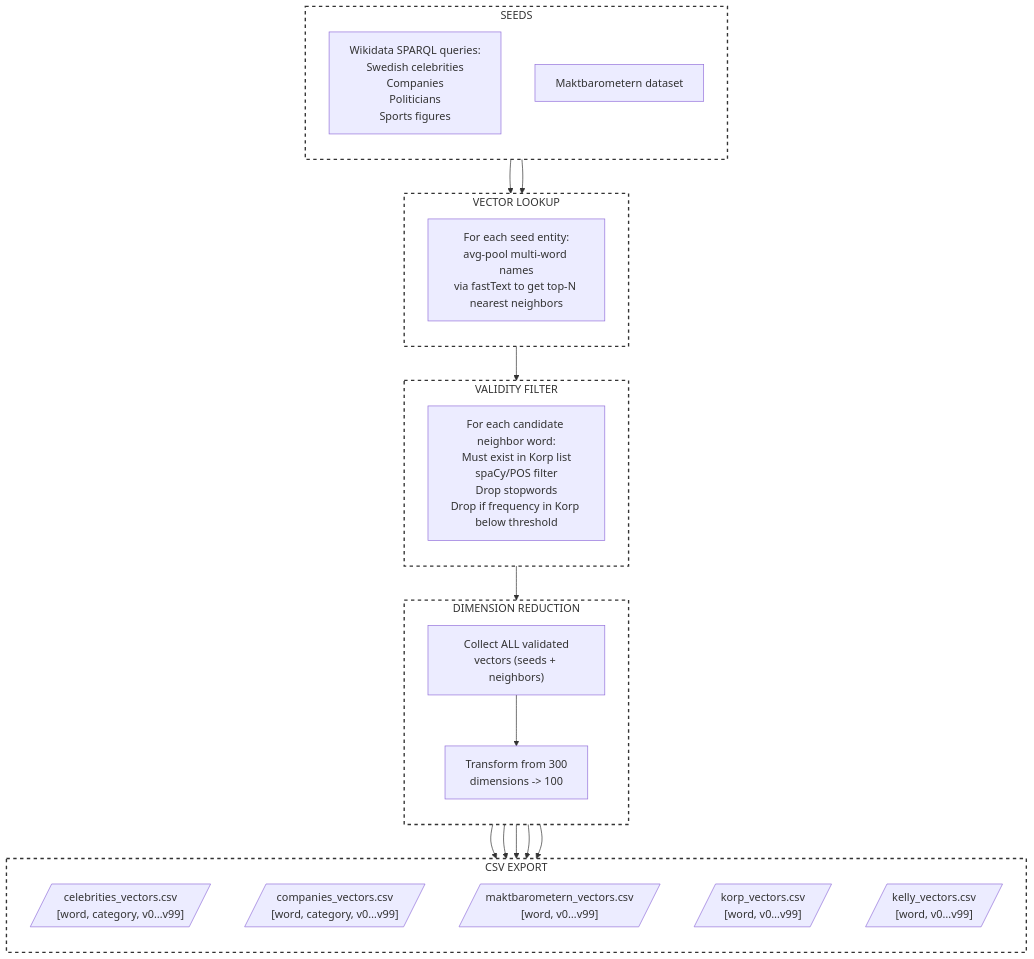
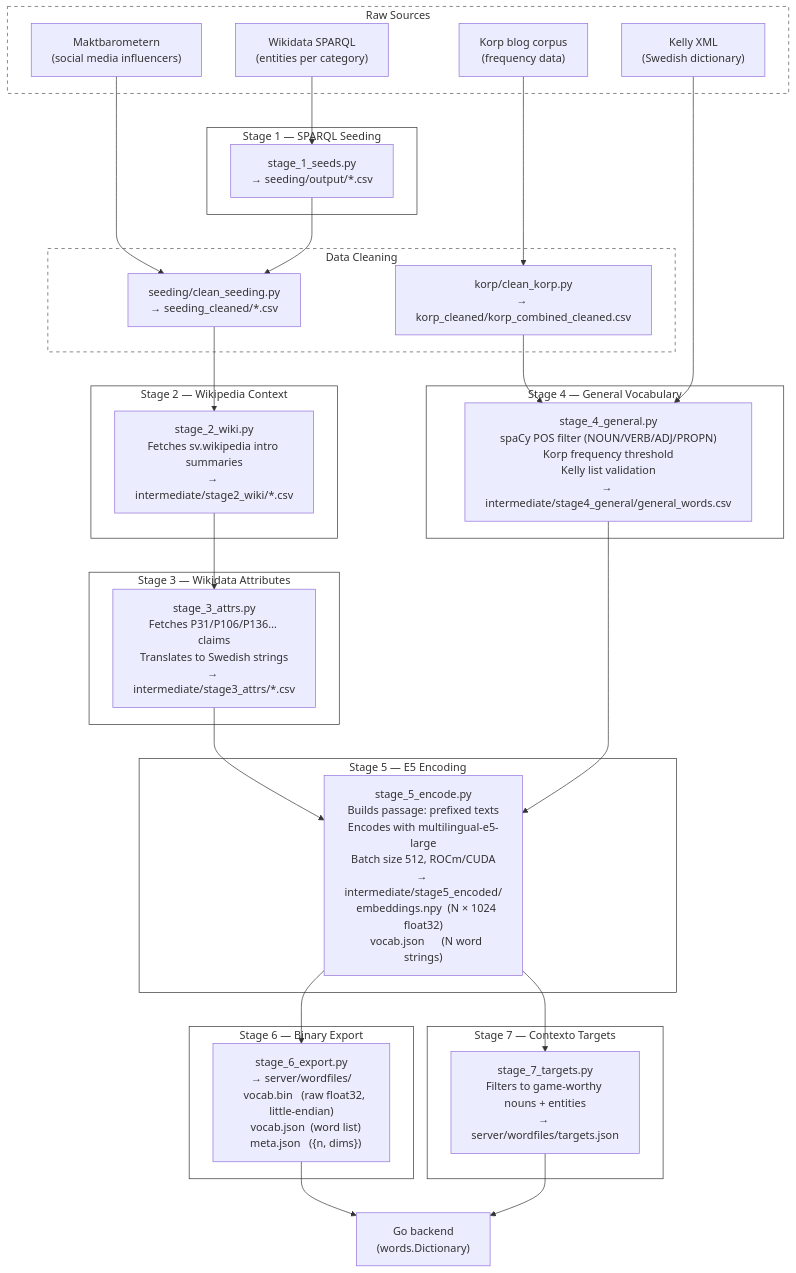
The diagram in preprocessing/README.md (Skill-issue-coding/WordGame---TDDD27-Project), drawn with Mermaid before and after one commit. The commit also changed other lines of this file and 37 other files, not shown here.

````diff
--- a/preprocessing/README.md
+++ b/preprocessing/README.md
@@ -58,55 +73,67 @@
 ```mermaid
 flowchart TD
-    subgraph S1 [SEEDS]
-        direction TB
-        WD["Wikidata SPARQL queries:<br>Swedish celebrities<br>Companies<br>Politicians<br>Sports figures"]
-        MB["Maktbarometern dataset"]
+    subgraph RAW [Raw Sources]
+        KORP["Korp blog corpus\n(frequency data)"]
+        KELLY["Kelly XML\n(Swedish dictionary)"]
+        SPARQL["Wikidata SPARQL\n(entities per category)"]
+        MAKT["Maktbarometern\n(social media influencers)"]
     end
 
-    subgraph S2 [VECTOR LOOKUP]
-        direction TB
-        VL1["For each seed entity:<br>avg-pool multi-word names<br>via fastText to get top-N <br>nearest neighbors"]
+    subgraph CLEAN [Data Cleaning]
+        CK["korp/clean_korp.py\n→ korp_cleaned/korp_combined_cleaned.csv"]
+        CS["seeding/clean_seeding.py\n→ seeding_cleaned/*.csv"]
     end
 
-    %% STAGE 3
-    subgraph S3 [VALIDITY FILTER]
-        direction TB
-        VF1["For each candidate neighbor word:<br>Must exist in Korp list<br>spaCy/POS filter<br>Drop stopwords<br>Drop if frequency in Korp <br>below threshold"]
+    subgraph STAGE1 [Stage 1 — SPARQL Seeding]
+        S1["stage_1_seeds.py\n→ seeding/output/*.csv"]
     end
 
-    %% STAGE 4
-    subgraph S4 [DIMENSION REDUCTION]
-        direction TB
-        DR1["Collect ALL validated<br>vectors (seeds + neighbors)"]
-        DR2["Transform from 300 <br> dimensions -> 100"]
-
-        DR1 --> DR2
+    subgraph STAGE2 [Stage 2 — Wikipedia Context]
+        S2["stage_2_wiki.py\nFetches sv.wikipedia intro summaries\n→ intermediate/stage2_wiki/*.csv"]
     end
 
-    %% STAGE 5
-    subgraph S5 [CSV EXPORT]
-        direction TB
-        CSV1[/"celebrities_vectors.csv<br>[word, category, v0…v99]"/]
-        CSV2[/"companies_vectors.csv<br>[word, category, v0…v99]"/]
-        CSV3[/"maktbarometern_vectors.csv<br>[word, v0…v99]"/]
-        CSV4[/"korp_vectors.csv<br>[word, v0…v99]"/]
-        CSV5[/"kelly_vectors.csv<br>[word, v0…v99]"/]
+    subgraph STAGE3 [Stage 3 — Wikidata Attributes]
+        S3["stage_3_attrs.py\nFetches P31/P106/P136… claims\nTranslates to Swedish strings\n→ intermediate/stage3_attrs/*.csv"]
     end
 
-    %% Flow connections
-    WD & MB --> S2
+    subgraph STAGE4 [Stage 4 — General Vocabulary]
+        S4["stage_4_general.py\nspaCy POS filter (NOUN/VERB/ADJ/PROPN)\nKorp frequency threshold\nKelly list validation\n→ intermediate/stage4_general/general_words.csv"]
+    end
+
+    subgraph STAGE5 [Stage 5 — E5 Encoding]
+        S5["stage_5_encode.py\nBuilds passage: prefixed texts\nEncodes with multilingual-e5-large\nBatch size 512, ROCm/CUDA\n→ intermediate/stage5_encoded/\n   embeddings.npy  (N × 1024 float32)\n   vocab.json      (N word strings)"]
+    end
+
+    subgraph STAGE6 [Stage 6 — Binary Export]
+        S6["stage_6_export.py\n→ server/wordfiles/\n   vocab.bin   (raw float32, little-endian)\n   vocab.json  (word list)\n   meta.json   ({n, dims})"]
+    end
+
+    subgraph STAGE7 [Stage 7 — Contexto Targets]
+        S7["stage_7_targets.py\nFilters to game-worthy nouns + entities\n→ server/wordfiles/targets.json"]
+    end
+
+    KORP --> CK
+    SPARQL --> S1
+    MAKT --> CS
+    S1 --> CS
+    CS --> S2
+    CK --> S4
+    KELLY --> S4
     S2 --> S3
-    S3 --> S4
-    S4 --> CSV1 & CSV2 & CSV3 & CSV4 & CSV5
+    S3 --> S5
+    S4 --> S5
+    S5 --> S6
+    S5 --> S7
+    S6 --> GO["Go backend\n(words.Dictionary)"]
+    S7 --> GO
 
-    %% Styling to match the grouped aesthetic
-    style S1 fill:transparent,stroke:#333,stroke-width:2px,stroke-dasharray: 5 5
-    style S2 fill:transparent,stroke:#333,stroke-width:2px,stroke-dasharray: 5 5
-    style S3 fill:transparent,stroke:#333,stroke-width:2px,stroke-dasharray: 5 5
-    style S4 fill:transparent,stroke:#333,stroke-width:2px,stroke-dasharray: 5 5
-    style S5 fill:transparent,stroke:#333,stroke-width:2px,stroke-dasharray: 5 5
-
-    %% FILE REFERENCES
-    click WD "https://github.com/Skill-issue-coding/WordGame---TDDD27-Project/tree/word-processing/preprocessing/seeding/" "Click to view files"
-    click MB "https://github.com/Skill-issue-coding/WordGame---TDDD27-Project/tree/word-processing/preprocessing/maktbarometern/" "Click to view files"
+    style RAW fill:transparent,stroke:#555,stroke-dasharray:5 5
+    style CLEAN fill:transparent,stroke:#555,stroke-dasharray:5 5
+    style STAGE1 fill:transparent,stroke:#333
+    style STAGE2 fill:transparent,stroke:#333
+    style STAGE3 fill:transparent,stroke:#333
+    style STAGE4 fill:transparent,stroke:#333
+    style STAGE5 fill:transparent,stroke:#333
+    style STAGE6 fill:transparent,stroke:#333
+    style STAGE7 fill:transparent,stroke:#333
 ```
````
